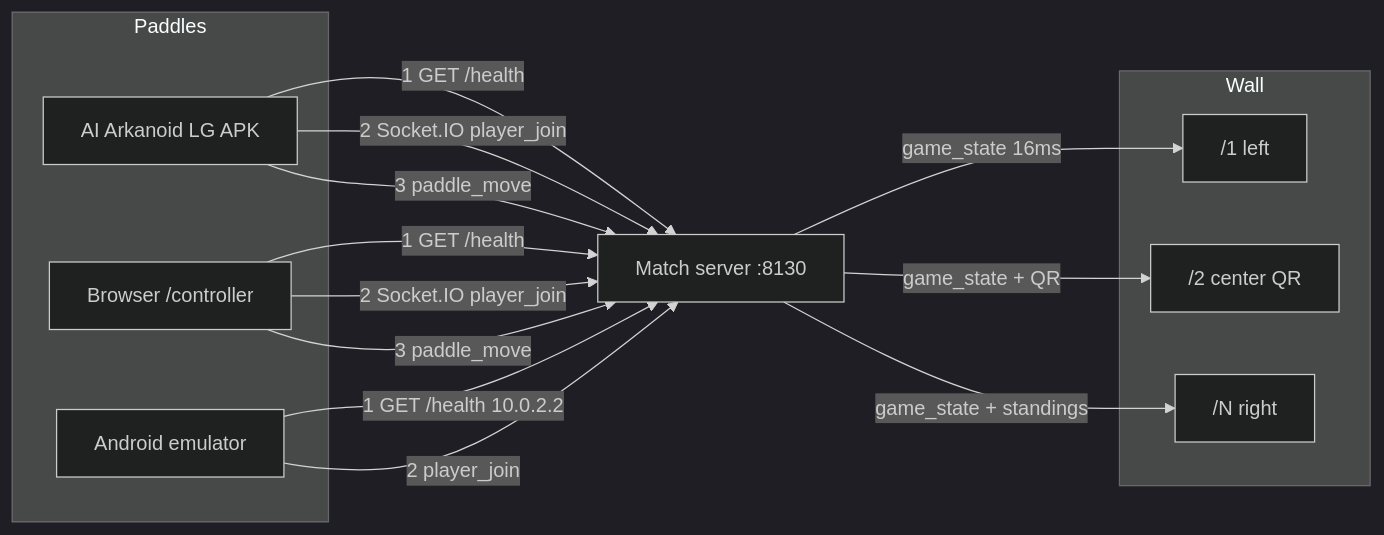
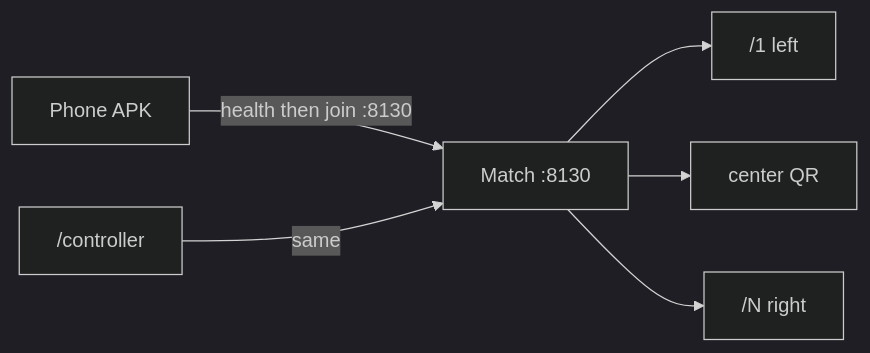
The diagram in README.md (AnirudhPratapSinghYadav/LG-Arkanoid), drawn with Mermaid (dark theme) before and after one commit. The commit also changed other lines of this file and 1 other file, not shown here.

First line of the commit message:
Trim the README to how you run the game and upload a named GSoC tester APK.

````diff
--- a/README.md
+++ b/README.md
@@ -48,28 +31,8 @@
 ```mermaid
 flowchart LR
-  subgraph players [Paddles]
-    APK["AI Arkanoid LG APK"]
-    WEB["Browser /controller"]
-    EMU["Android emulator"]
-  end
-
-  subgraph wall [Wall]
-    S1["/1 left"]
-    S2["/2 center QR"]
-    SN["/N right"]
-  end
-
-  SRV["Match server :8130"]
-
-  APK -->|"1 GET /health"| SRV
-  WEB -->|"1 GET /health"| SRV
-  EMU -->|"1 GET /health 10.0.2.2"| SRV
-  APK -->|"2 Socket.IO player_join"| SRV
-  WEB -->|"2 Socket.IO player_join"| SRV
-  EMU -->|"2 player_join"| SRV
-  APK -->|"3 paddle_move"| SRV
-  WEB -->|"3 paddle_move"| SRV
-  SRV -->|"game_state 16ms"| S1
-  SRV -->|"game_state + QR"| S2
-  SRV -->|"game_state + standings"| SN
+  APK[Phone APK] -->|health then join :8130| SRV[Match :8130]
+  WEB["/controller"] -->|same| SRV
+  SRV --> S1["/1 left"]
+  SRV --> S2["center QR"]
+  SRV --> SN["/N right"]
 ```
````
